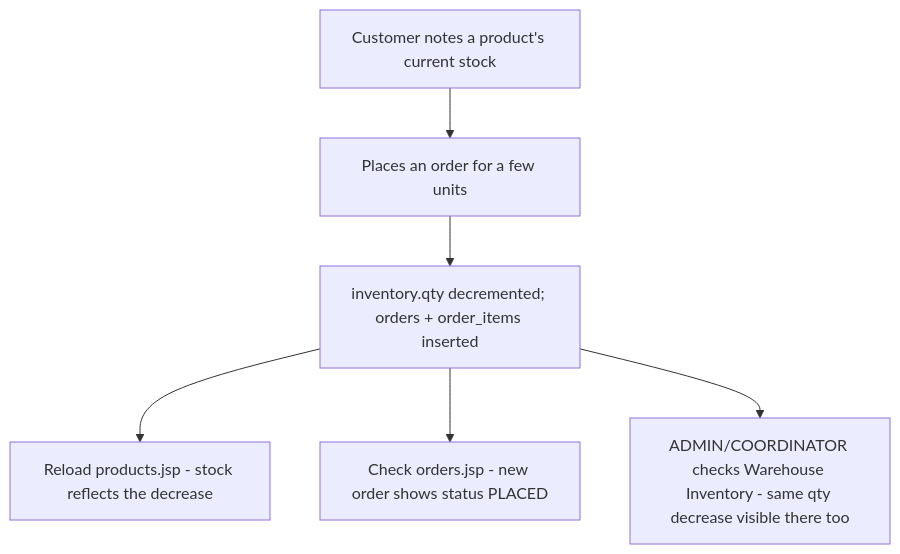
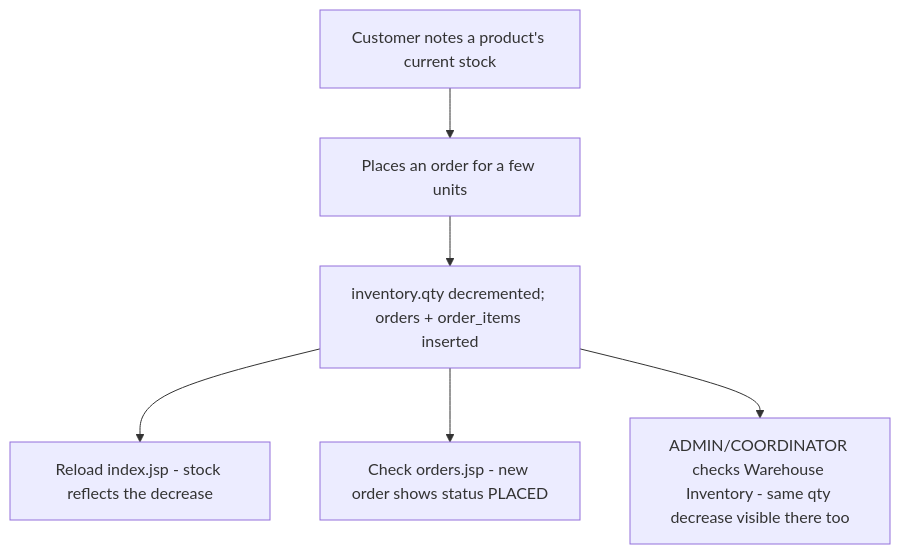
Before and after one commit to wishva-kalhara/GlobalTradeLogistics: diagram 21 of 24 in .no-build/docs/E2E_FLOWS.md, drawn with Mermaid. The commit also changed other lines of this file and 5 other files, not shown here.

Commit message:
Add End-to-End Flow Diagrams and Test Plan Documentation

````diff
--- a/.no-build/docs/E2E_FLOWS.md
+++ b/.no-build/docs/E2E_FLOWS.md
@@ -323,8 +323,8 @@
 ```mermaid
 flowchart TD
     A[Customer notes a product's current stock] --> B[Places an order for a few units]
     B --> C[inventory.qty decremented; orders + order_items inserted]
-    C --> D[Reload products.jsp - stock reflects the decrease]
+    C --> D[Reload index.jsp - stock reflects the decrease]
     C --> E[Check orders.jsp - new order shows status PLACED]
     C --> F[ADMIN/COORDINATOR checks Warehouse Inventory - same qty decrease visible there too]
 ```
````
